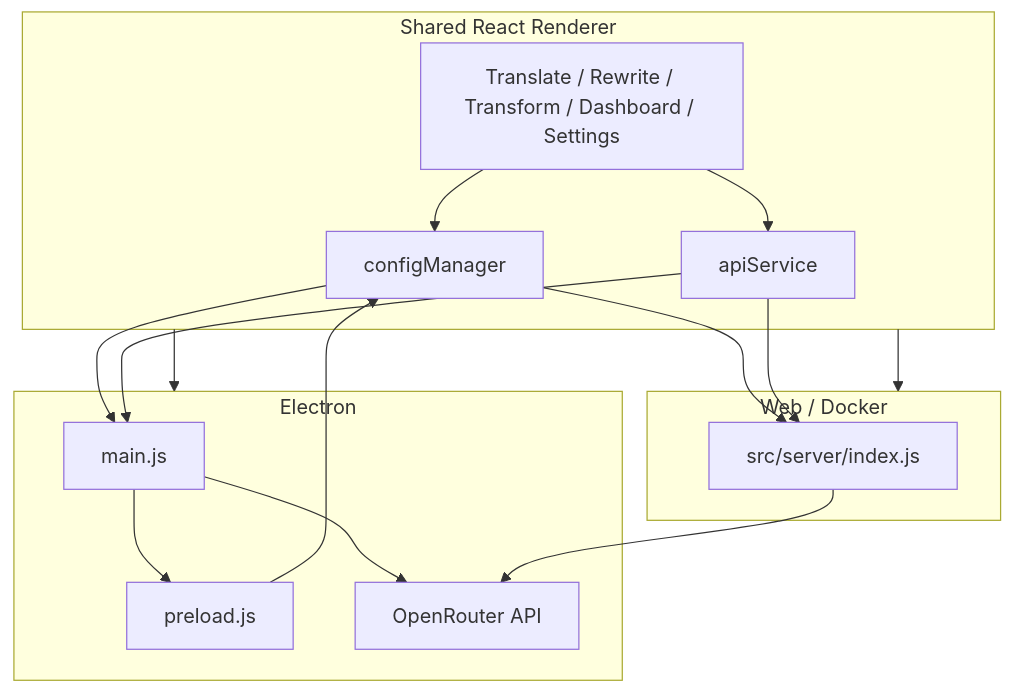
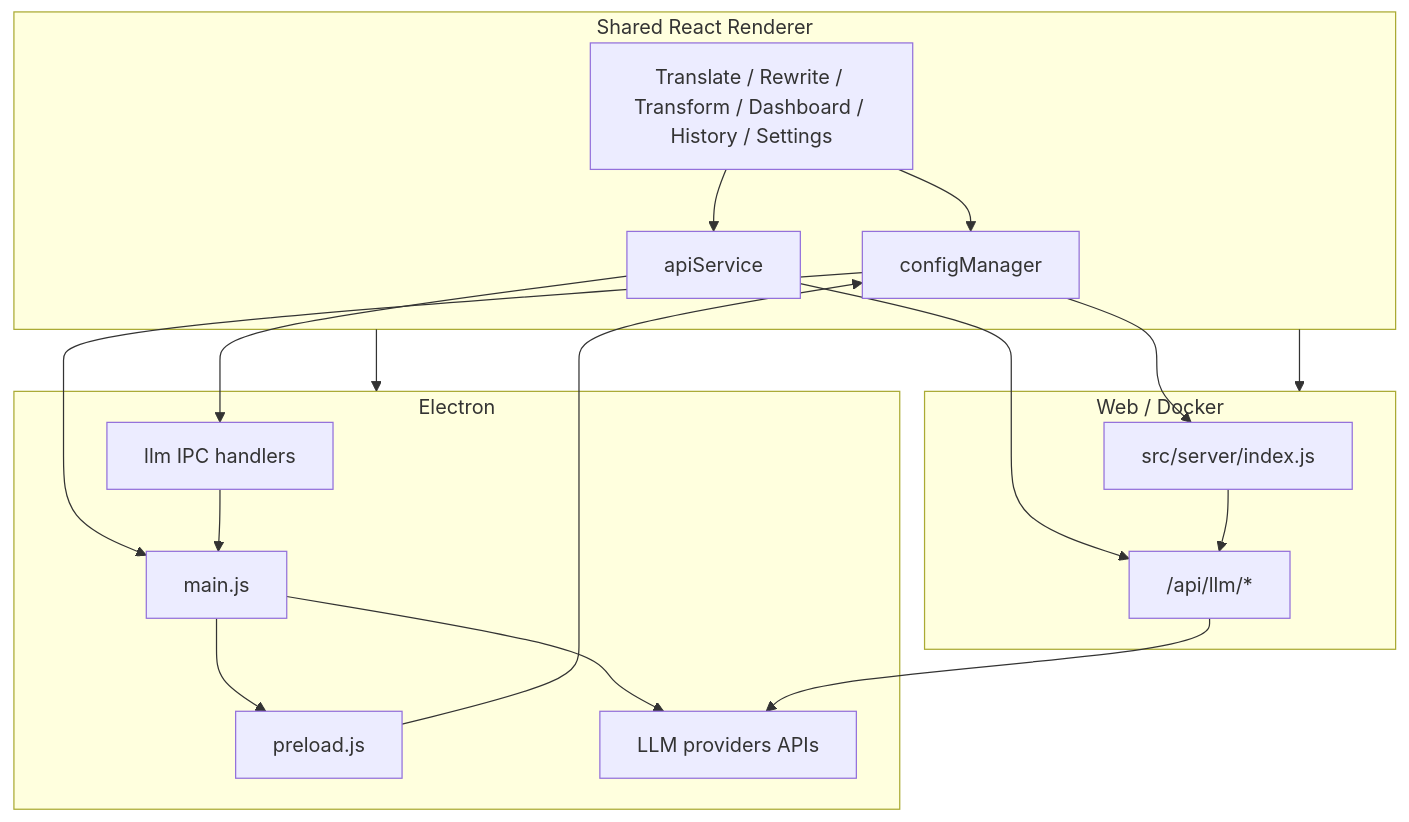
The diagram in dev/SYSTEM-OVERVIEW.md (wsj-br/transrewrt), drawn with Mermaid before and after one commit. The commit also changed other lines of this file and 560 other files, not shown here.

````diff
--- a/dev/SYSTEM-OVERVIEW.md
+++ b/dev/SYSTEM-OVERVIEW.md
@@ -40,30 +42,34 @@
 ```mermaid
 flowchart TB
   subgraph renderer [Shared React Renderer]
-    UI[Translate / Rewrite / Transform / Dashboard / Settings]
+    UI[Translate / Rewrite / Transform / Dashboard / History / Settings]
     ConfigMgr[configManager]
     ApiSvc[apiService]
     UI --> ConfigMgr
     UI --> ApiSvc
   end
 
   subgraph electron [Electron]
     Main[main.js]
     Preload[preload.js]
+    LlmIPC[llm IPC handlers]
     Main --> Preload
     Preload --> ConfigMgr
     ConfigMgr --> Main
-    ApiSvc --> Main
-    Main --> OpenRouter[OpenRouter API]
+    ApiSvc --> LlmIPC
+    LlmIPC --> Main
+    Main --> Providers[LLM providers APIs]
   end
 
   subgraph web [Web / Docker]
     Server[src/server/index.js]
+    LlmRoutes["/api/llm/*"]
     ConfigMgr --> Server
-    ApiSvc --> Server
-    Server --> OpenRouter
+    ApiSvc --> LlmRoutes
+    Server --> LlmRoutes
+    LlmRoutes --> Providers
   end
 
   renderer --> electron
   renderer --> web
 ```
````
